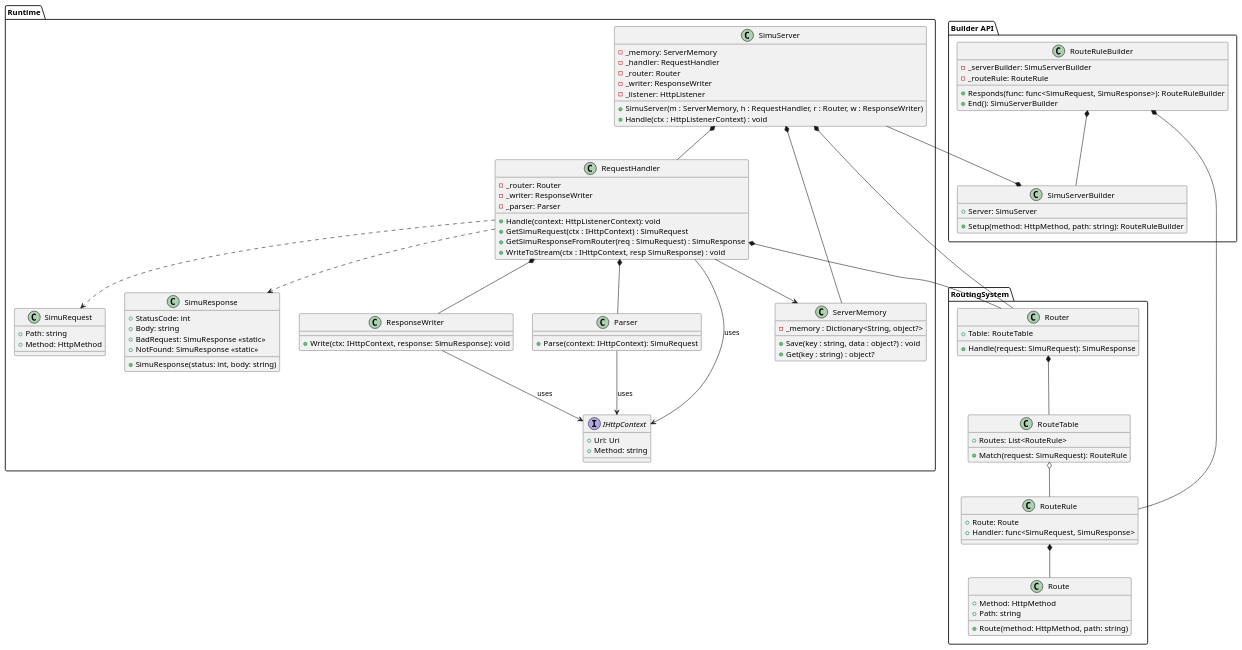
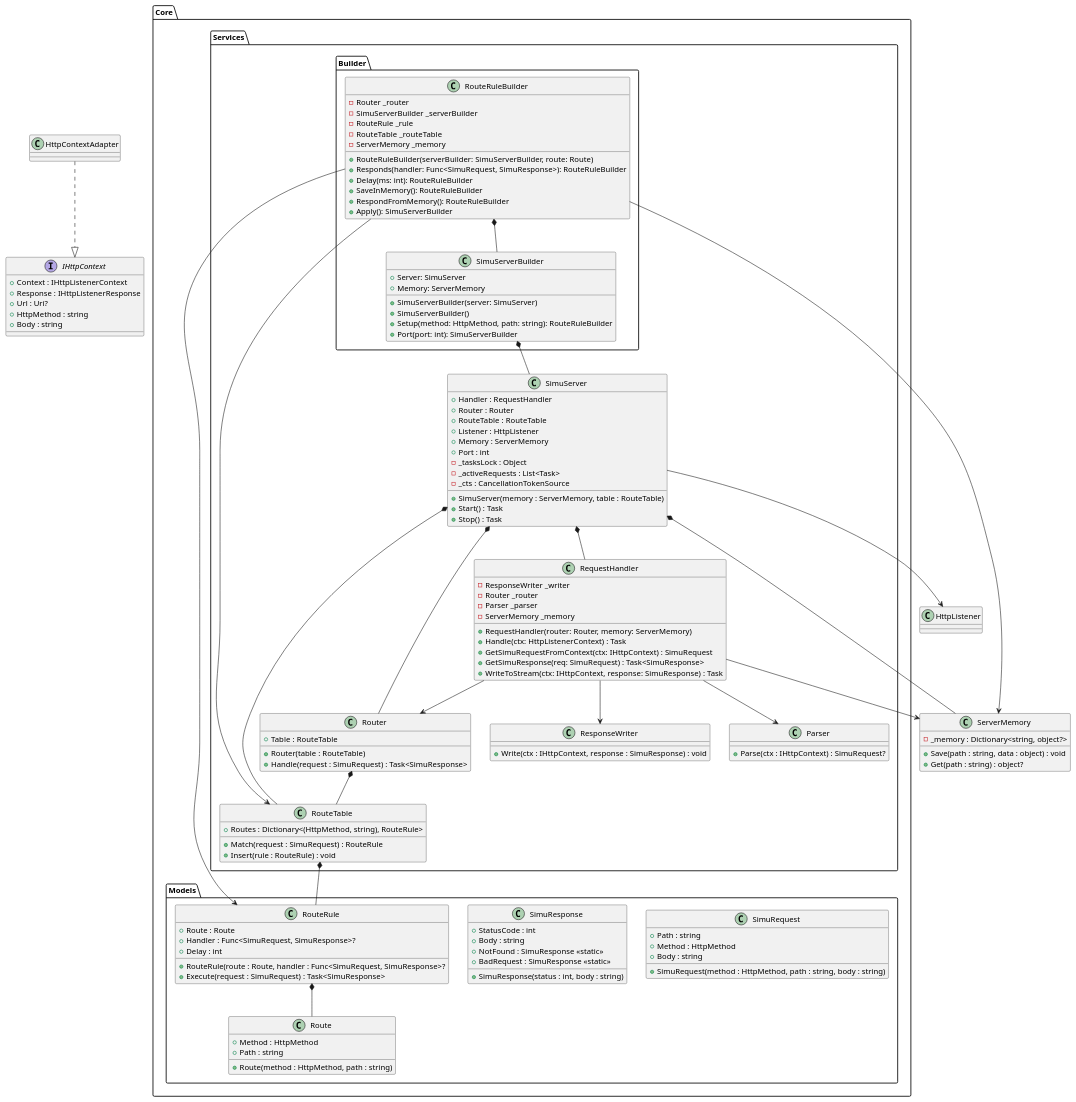
The diagram in SimuRest.Core/docs/Class.puml (Addurezz/SimuRest), drawn with PlantUML before and after one commit. The commit also changed 9 other files, not shown here.

Commit message:
refactor: clean up architecture

```diff
--- a/SimuRest.Core/docs/Class.puml
+++ b/SimuRest.Core/docs/Class.puml
@@ -1,129 +1,157 @@
 @startuml
 'https://plantuml.com/class-diagram
-
-
-package "Runtime" {
-    class SimuServer {
-        - _memory: ServerMemory
-        - _handler: RequestHandler
-        - _router: Router
-        - _writer: ResponseWriter
-        - _listener: HttpListener
-        
-        + SimuServer(m : ServerMemory, h : RequestHandler, r : Router, w : ResponseWriter)
-        + Handle(ctx : HttpListenerContext) : void
+package Core.Services.Builder {
+    class RouteRuleBuilder {
+        - Router _router
+        - SimuServerBuilder _serverBuilder
+        - RouteRule _rule
+        - RouteTable _routeTable
+        - ServerMemory _memory
+    
+        + RouteRuleBuilder(serverBuilder: SimuServerBuilder, route: Route)
+        + Responds(handler: Func<SimuRequest, SimuResponse>): RouteRuleBuilder
+        + Delay(ms: int): RouteRuleBuilder
+        + SaveInMemory(): RouteRuleBuilder
+        + RespondFromMemory(): RouteRuleBuilder
+        + Apply(): SimuServerBuilder
     }
     
+    class SimuServerBuilder {
+        + Server: SimuServer
+        + Memory: ServerMemory
+        + SimuServerBuilder(server: SimuServer)
+        + SimuServerBuilder()
+        + Setup(method: HttpMethod, path: string): RouteRuleBuilder
+        + Port(port: int): SimuServerBuilder
+    }
+}
+
+interface IHttpContext {
+    + Context : IHttpListenerContext
+    + Response : IHttpListenerResponse
+    + Url : Uri?
+    + HttpMethod : string
+    + Body : string
+}
+
+class HttpContextAdapter {
+}
+
+class ServerMemory {
+    - _memory : Dictionary<string, object?>
+    + Save(path : string, data : object) : void
+    + Get(path : string) : object?
+}
+
+package Core.Models {
     class SimuRequest {
-        + Path: string
-        + Method: HttpMethod
+        + Path : string
+        + Method : HttpMethod
+        + Body : string
+        + SimuRequest(method : HttpMethod, path : string, body : string)
     }
+    
     class SimuResponse {
-        + StatusCode: int
-        + Body: string
-        + BadRequest: SimuResponse <<static>> 
-        + NotFound: SimuResponse <<static>> 
+        + StatusCode : int
+        + Body : string
+        + NotFound : SimuResponse <<static>>
+        + BadRequest : SimuResponse <<static>>
+        + SimuResponse(status : int, body : string)
+    }
+    
+    class Route {
+        + Method : HttpMethod
+        + Path : string
+        + Route(method : HttpMethod, path : string)
+    }
+    
+    class RouteRule {
+        + Route : Route
+        + Handler : Func<SimuRequest, SimuResponse>?
+        + Delay : int
+        + RouteRule(route : Route, handler : Func<SimuRequest, SimuResponse>?
+        + Execute(request : SimuRequest) : Task<SimuResponse>
+    }
+}
+
+package Core.Services {
+    class SimuServer {
+        + Handler : RequestHandler
+        + Router : Router
+        + RouteTable : RouteTable
+        + Listener : HttpListener
+        + Memory : ServerMemory
+        + Port : int
+        - _tasksLock : Object
+        - _activeRequests : List<Task>
+        - _cts : CancellationTokenSource
         
-        + SimuResponse(status: int, body: string)
+        + SimuServer(memory : ServerMemory, table : RouteTable)
+        + Start() : Task
+        + Stop() : Task
     }
     
     class RequestHandler {
-        - _router: Router
-        - _writer: ResponseWriter
-        - _parser: Parser
+        - ResponseWriter _writer
+        - Router _router
+        - Parser _parser
+        - ServerMemory _memory
     
-        + Handle(context: HttpListenerContext): void
-        + GetSimuRequest(ctx : IHttpContext) : SimuRequest
-        + GetSimuResponseFromRouter(req : SimuRequest) : SimuResponse
-        + WriteToStream(ctx : IHttpContext, resp SimuResponse) : void
+        + RequestHandler(router: Router, memory: ServerMemory)
+        + Handle(ctx: HttpListenerContext) : Task
+        + GetSimuRequestFromContext(ctx: IHttpContext) : SimuRequest
+        + GetSimuResponse(req: SimuRequest) : Task<SimuResponse>
+        + WriteToStream(ctx: IHttpContext, response: SimuResponse) : Task
+    }
+    
+    class RouteTable {
+        + {field} Routes : Dictionary<(HttpMethod, string), RouteRule>
+        + Match(request : SimuRequest) : RouteRule
+        + Insert(rule : RouteRule) : void
+    }
+    
+    class Router {
+        + Table : RouteTable
+        + Router(table : RouteTable)
+        + Handle(request : SimuRequest) : Task<SimuResponse>
     }
     
     class ResponseWriter {
-        + Write(ctx: IHttpContext, response: SimuResponse): void
-    }
-    class Parser {
-        + Parse(context: IHttpContext): SimuRequest
+        + Write(ctx : IHttpContext, response : SimuResponse) : void
     }
     
-    
-    
-    interface IHttpContext {
-        + Url: Uri
-        + Method: string
+    class Parser {
+        + Parse(ctx : IHttpContext) : SimuRequest?
     }
     
-    class ServerMemory {
-        - _memory : Dictionary<String, object?> 
-        
-        + Save(key : string, data : object?) : void
-        + Get(key : string) : object? 
-    }
-   
 }
 
-package RoutingSystem {
-    class Router {
-        + Table: RouteTable
-    
-        + Handle(request: SimuRequest): SimuResponse
-    }
-    
-    class RouteTable {
-        + Routes: List<RouteRule>
-        
-        + Match(request: SimuRequest): RouteRule
-    }
-    
-    class Route {
-        + Method: HttpMethod
-        + Path: string
-        
-        + Route(method: HttpMethod, path: string)
-    }
-    
-    class RouteRule {
-        + Route: Route
-        + Handler: func<SimuRequest, SimuResponse>
-    }
-}
-
-package "Builder API" {
-    class SimuServerBuilder {
-        + Server: SimuServer
-        + Setup(method: HttpMethod, path: string): RouteRuleBuilder
-    }
-    
-    class RouteRuleBuilder {
-        - _serverBuilder: SimuServerBuilder
-        - _routeRule: RouteRule
-        
-        + Responds(func: func<SimuRequest, SimuResponse>): RouteRuleBuilder
-        + End(): SimuServerBuilder
-    }
-}
-
-SimuServer --* SimuServerBuilder
-RouteRuleBuilder *-- SimuServerBuilder
-SimuServer *-- ServerMemory
-
-RouteRuleBuilder *-- RouteRule
-RouteRule *-- Route
-
-RequestHandler --> ServerMemory
-RequestHandler *-- Router
-Router *-- RouteTable
-RequestHandler *-- ResponseWriter
-RequestHandler *-- Parser
-RequestHandler --> IHttpContext : uses
-RequestHandler ..> SimuRequest
-RequestHandler ..> SimuResponse
-
-Parser --> IHttpContext : uses
-ResponseWriter --> IHttpContext : uses
 
 SimuServer *-- RequestHandler
 SimuServer *-- Router
+SimuServer *-- RouteTable
+SimuServer *-- ServerMemory
+SimuServer --> HttpListener
 
-RouteTable o-- RouteRule
+RequestHandler --> ResponseWriter
+RequestHandler --> Router
+RequestHandler --> Parser
+RequestHandler --> ServerMemory
+
+Router *-- RouteTable
+RouteTable *-- RouteRule
+RouteRule *-- Route
+
+
+HttpContextAdapter ..|> IHttpContext
+
+RouteRuleBuilder --> RouteRule
+RouteRuleBuilder --> RouteTable
+RouteRuleBuilder *-- SimuServerBuilder
+RouteRuleBuilder --> ServerMemory
+
+SimuServerBuilder *-- SimuServer
+
+
 
 @enduml
```
